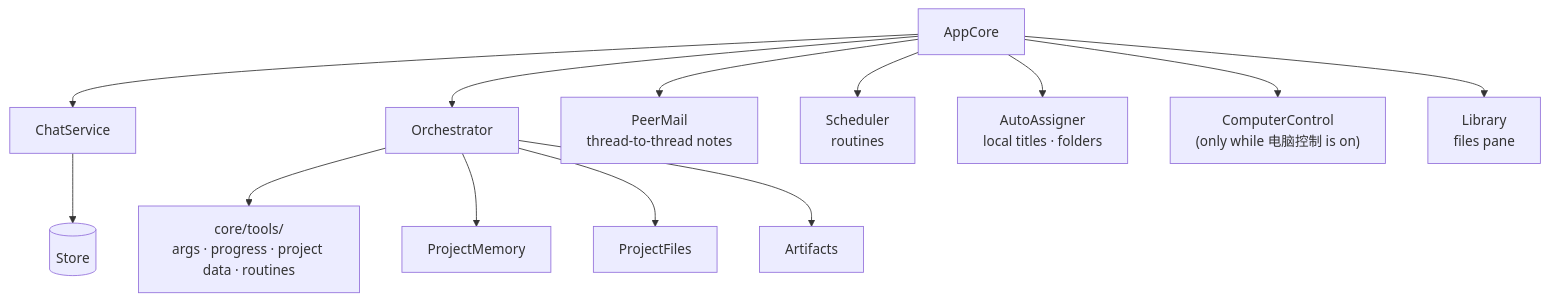
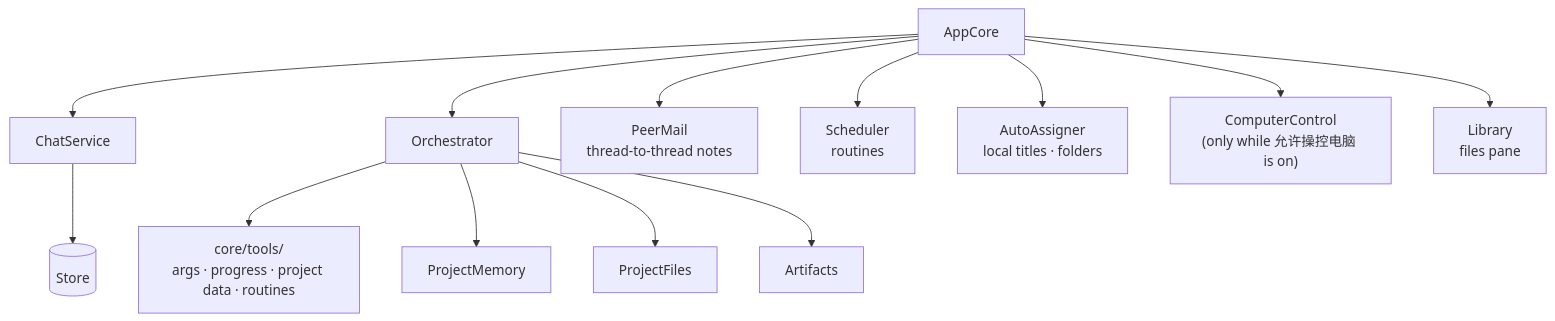
The third of 3 diagrams in docs/ARCHITECTURE.md (goldenfox2025/fenn-code), drawn with Mermaid before and after one commit. The commit also changed 12 other files, not shown here.

First line of the commit message:
RC27: fixes from the live Antigravity computer-control test

````diff
--- a/docs/ARCHITECTURE.md
+++ b/docs/ARCHITECTURE.md
@@ -53,13 +53,13 @@
 ```mermaid
 flowchart TB
   CORE["AppCore"] --> CHAT["ChatService"]
   CORE --> ORCH["Orchestrator"]
   CORE --> PEERS["PeerMail<br/>thread-to-thread notes"]
   CORE --> SCHED["Scheduler<br/>routines"]
   CORE --> AUTO["AutoAssigner<br/>local titles · folders"]
-  CORE --> COMP["ComputerControl<br/>(only while 电脑控制 is on)"]
+  CORE --> COMP["ComputerControl<br/>(only while 允许操控电脑 is on)"]
   ORCH --> TOOLS["core/tools/<br/>args · progress · project data · routines"]
   ORCH --> MEM["ProjectMemory"] & FILES["ProjectFiles"] & ART["Artifacts"]
   CHAT --> STORE[("Store")]
   CORE --> LIB["Library<br/>files pane"]
 ```
````
